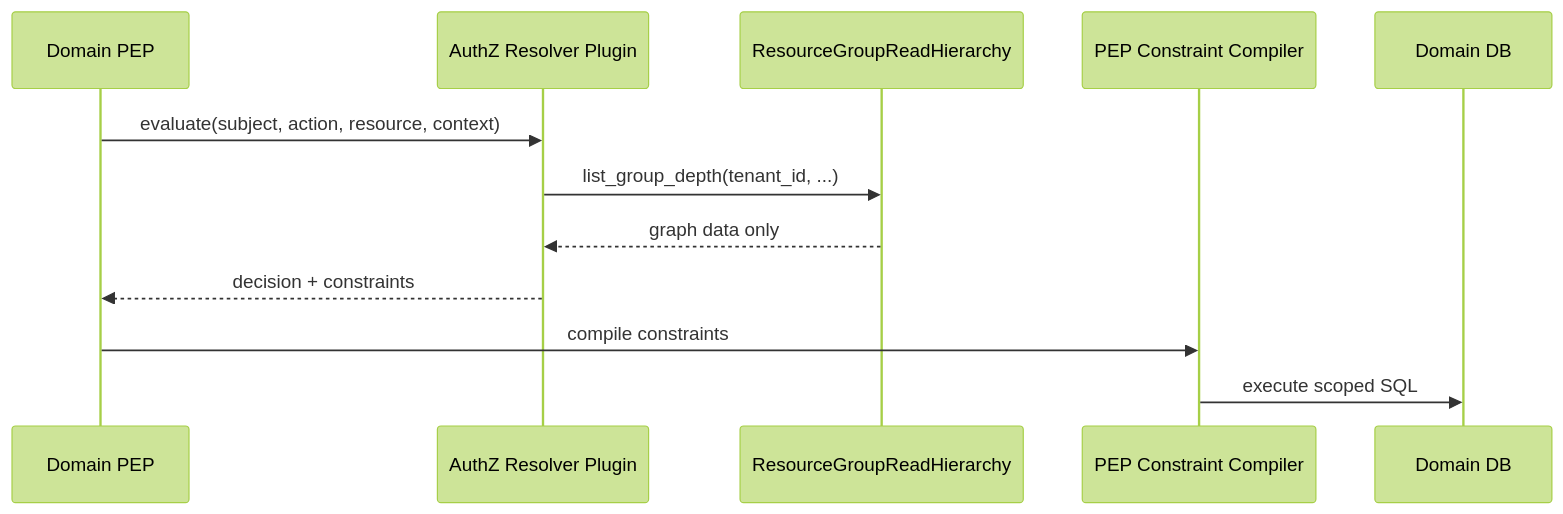
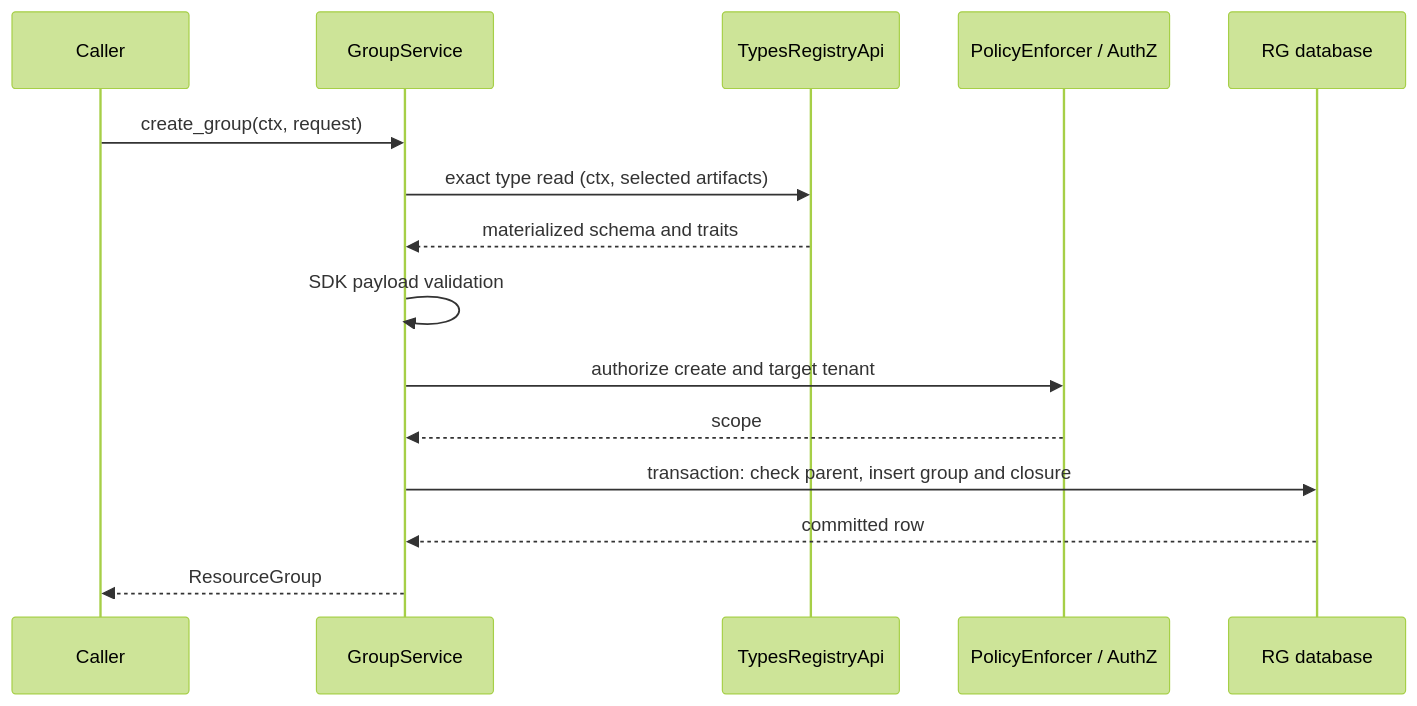
The second of 2 diagrams in gears/system/resource-group/docs/DESIGN.md (constructorfabric/gears-rust), drawn with Mermaid (forest theme) before and after one commit. The commit also changed other lines of this file and 126 other files, not shown here.

First line of the commit message:
feat(resource-group)!: use Types Registry for type definitions

````diff
--- a/gears/system/resource-group/docs/DESIGN.md
+++ b/gears/system/resource-group/docs/DESIGN.md
@@ -741,15 +482,17 @@
 ```mermaid
 sequenceDiagram
-    participant PEP as Domain PEP
-    participant AZ as AuthZ Resolver Plugin
-    participant RG as ResourceGroupReadHierarchy
-    participant CMP as PEP Constraint Compiler
-    participant DB as Domain DB
-
-    PEP->>AZ: evaluate(subject, action, resource, context)
-    AZ->>RG: list_group_depth(tenant_id, ...)
-    RG-->>AZ: graph data only
-    AZ-->>PEP: decision + constraints
-    PEP->>CMP: compile constraints
-    CMP->>DB: execute scoped SQL
+    participant Caller
+    participant RG as GroupService
+    participant TR as TypesRegistryApi
+    participant PDP as PolicyEnforcer / AuthZ
+    participant DB as RG database
+    Caller->>RG: create_group(ctx, request)
+    RG->>TR: exact type read (ctx, selected artifacts)
+    TR-->>RG: materialized schema and traits
+    RG->>RG: SDK payload validation
+    RG->>PDP: authorize create and target tenant
+    PDP-->>RG: scope
+    RG->>DB: transaction: check parent, insert group and closure
+    DB-->>RG: committed row
+    RG-->>Caller: ResourceGroup
 ```
````
